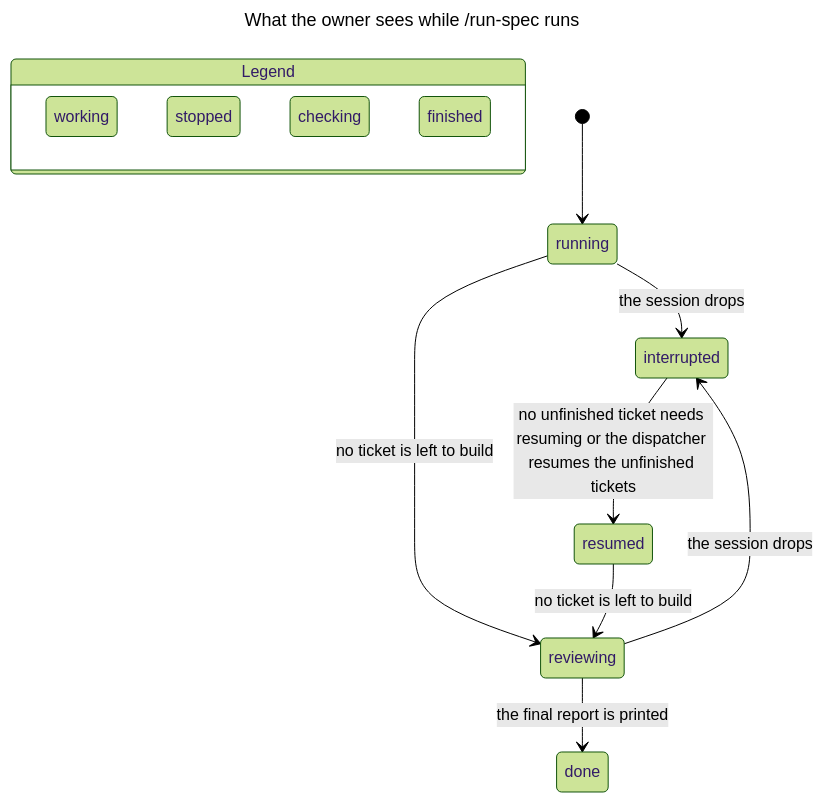
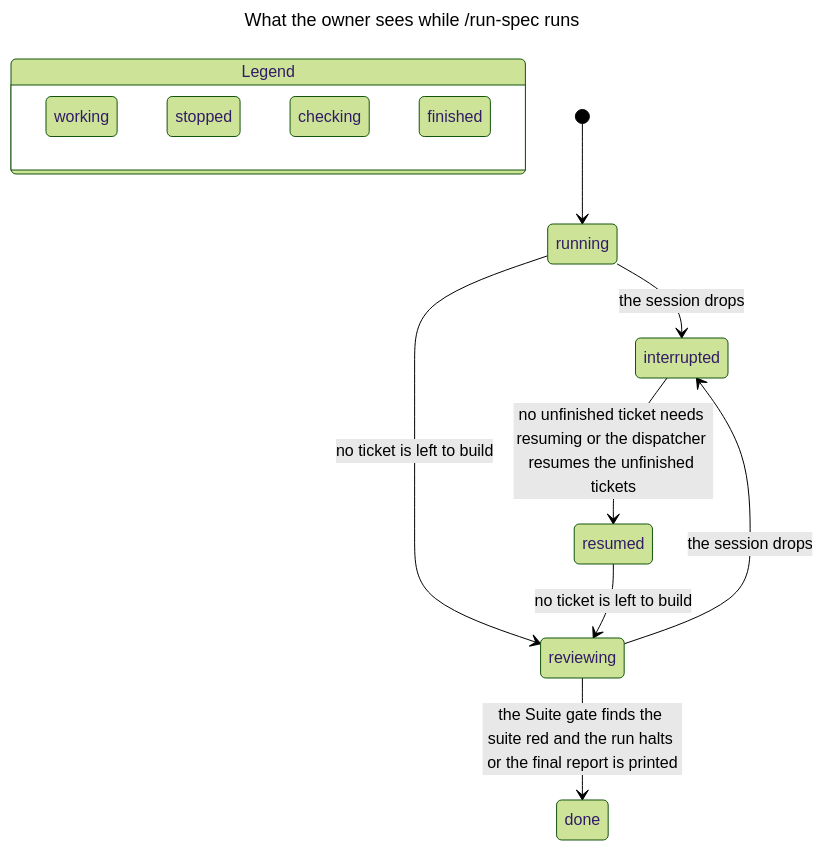
The diagram in ai/skills/run-spec-dev/formal/models/Dispatcher.chart.mmd (rodrigorjsf/ai-study-library), drawn with Mermaid (forest theme) before and after one commit. The commit also changed 6 other files, not shown here.

First line of the commit message:
feat(formal): model the Suite gate in the dispatcher check

```diff
--- a/ai/skills/run-spec-dev/formal/models/Dispatcher.chart.mmd
+++ b/ai/skills/run-spec-dev/formal/models/Dispatcher.chart.mmd
@@ -1,31 +1,31 @@
 ---
 title: "What the owner sees while /run-spec runs"
 ---
 stateDiagram-v2
   state "Legend" as legend {
     lg0: working
     lg1: stopped
     lg2: checking
     lg3: finished
   }
   class lg0 blue
   class lg1 orange
   class lg2 purple
   class lg3 teal
   s0: running
   s1: interrupted
   s2: resumed
   s3: reviewing
   s4: done
   [*] --> s0
   s0 --> s1: the session drops
   s1 --> s2: no unfinished ticket needs resuming or the dispatcher resumes the unfinished tickets
   s0 --> s3: no ticket is left to build
   s2 --> s3: no ticket is left to build
   s3 --> s1: the session drops
-  s3 --> s4: the final report is printed
+  s3 --> s4: the Suite gate finds the suite red and the run halts or the final report is printed
   class s0 blue
   class s1 orange
   class s2 blue
   class s3 purple
   class s4 teal
```
